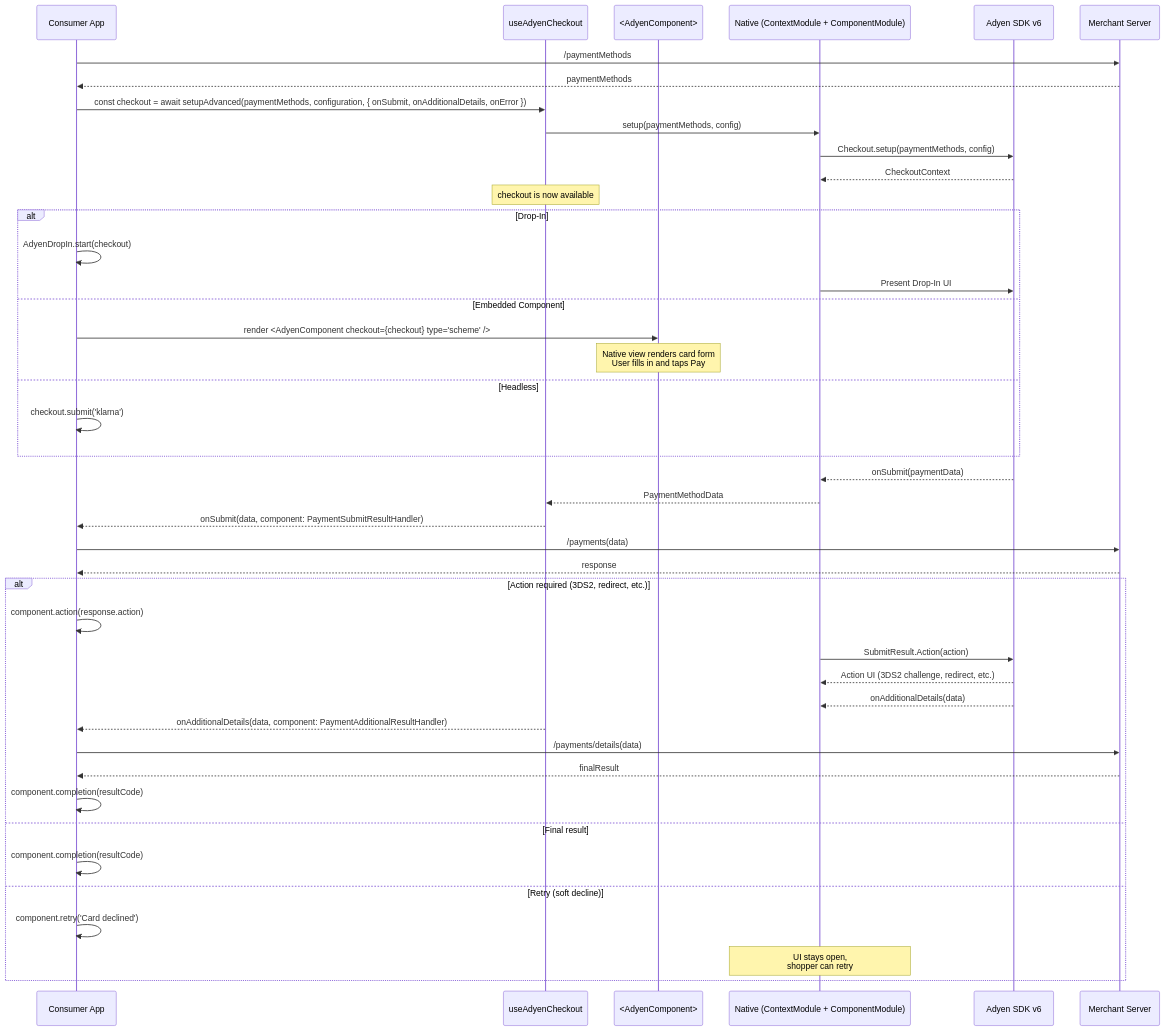
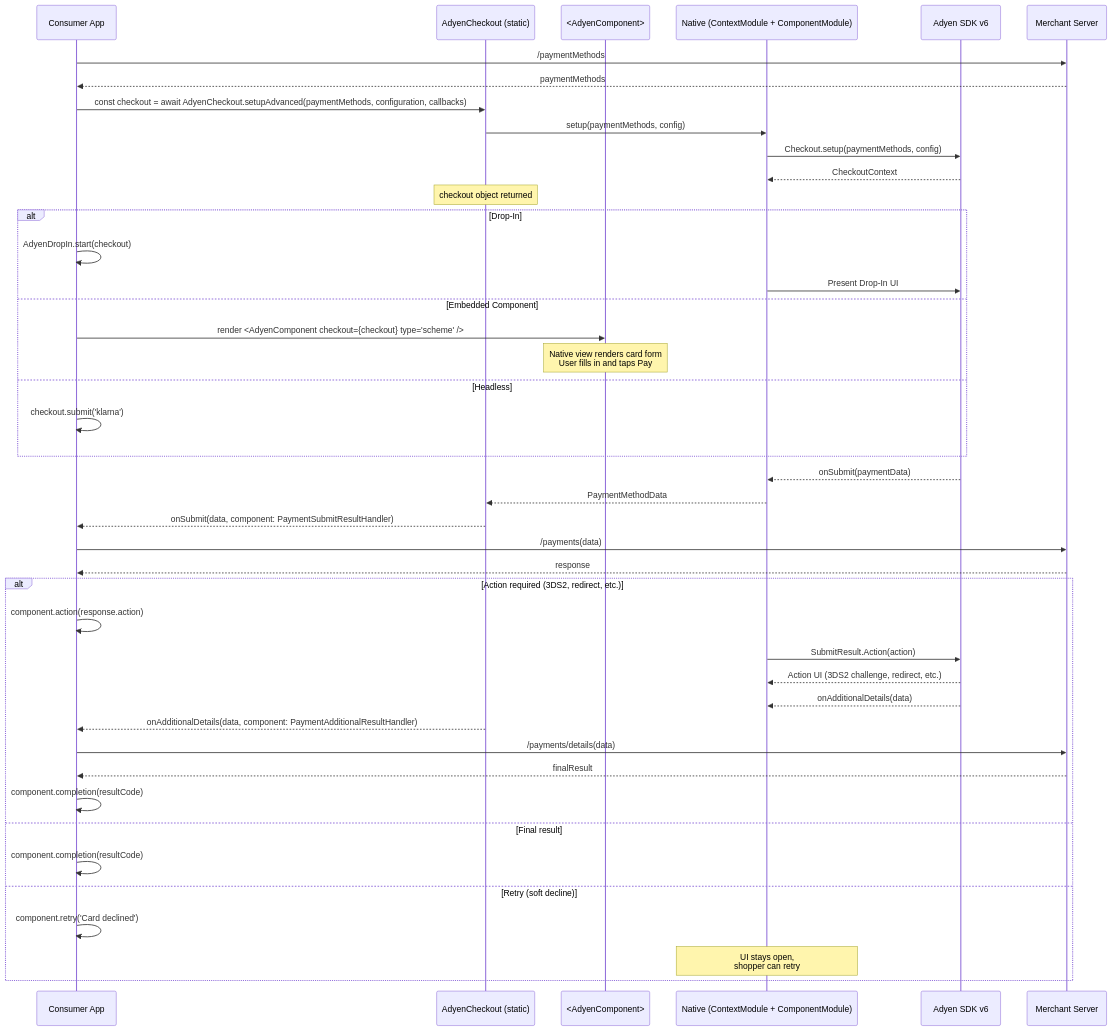
Before and after one commit to Adyen/adyen-react-native: the second of 4 diagrams in docs/public-api-flows.md, drawn with Mermaid. The commit also changed other lines of this file and 26 other files, not shown here.

First line of the commit message:
refactor: replace AdyenCheckout provider with static API (Option B)

````diff
--- a/docs/public-api-flows.md
+++ b/docs/public-api-flows.md
@@ -52,51 +50,51 @@
 ```mermaid
 sequenceDiagram
     participant App as Consumer App
-    participant Hook as useAdyenCheckout
+    participant AC as AdyenCheckout (static)
     participant View as <AdyenComponent>
     participant Native as Native (ContextModule + ComponentModule)
     participant SDK as Adyen SDK v6
     participant Server as Merchant Server
 
     App->>Server: /paymentMethods
     Server-->>App: paymentMethods
 
-    App->>Hook: const checkout = await setupAdvanced(paymentMethods, configuration, { onSubmit, onAdditionalDetails, onError })
-    Hook->>Native: setup(paymentMethods, config)
+    App->>AC: const checkout = await AdyenCheckout.setupAdvanced(paymentMethods, configuration, callbacks)
+    AC->>Native: setup(paymentMethods, config)
     Native->>SDK: Checkout.setup(paymentMethods, config)
     SDK-->>Native: CheckoutContext
-    Note over Hook: checkout is now available
+    Note over AC: checkout object returned
 
     alt Drop-In
         App->>App: AdyenDropIn.start(checkout)
         Native->>SDK: Present Drop-In UI
     else Embedded Component
         App->>View: render <AdyenComponent checkout={checkout} type="scheme" />
         Note over View: Native view renders card form<br/>User fills in and taps Pay
     else Headless
         App->>App: checkout.submit('klarna')
     end
 
     SDK-->>Native: onSubmit(paymentData)
-    Native-->>Hook: PaymentMethodData
-    Hook-->>App: onSubmit(data, component: PaymentSubmitResultHandler)
+    Native-->>AC: PaymentMethodData
+    AC-->>App: onSubmit(data, component: PaymentSubmitResultHandler)
 
     App->>Server: /payments(data)
     Server-->>App: response
 
     alt Action required (3DS2, redirect, etc.)
         App->>App: component.action(response.action)
         Native->>SDK: SubmitResult.Action(action)
         SDK-->>Native: Action UI (3DS2 challenge, redirect, etc.)
         SDK-->>Native: onAdditionalDetails(data)
-        Hook-->>App: onAdditionalDetails(data, component: PaymentAdditionalResultHandler)
+        AC-->>App: onAdditionalDetails(data, component: PaymentAdditionalResultHandler)
         App->>Server: /payments/details(data)
         Server-->>App: finalResult
         App->>App: component.completion(resultCode)
     else Final result
         App->>App: component.completion(resultCode)
     else Retry (soft decline)
         App->>App: component.retry('Card declined')
         Note over Native: UI stays open,<br/>shopper can retry
     end
 ```
````
